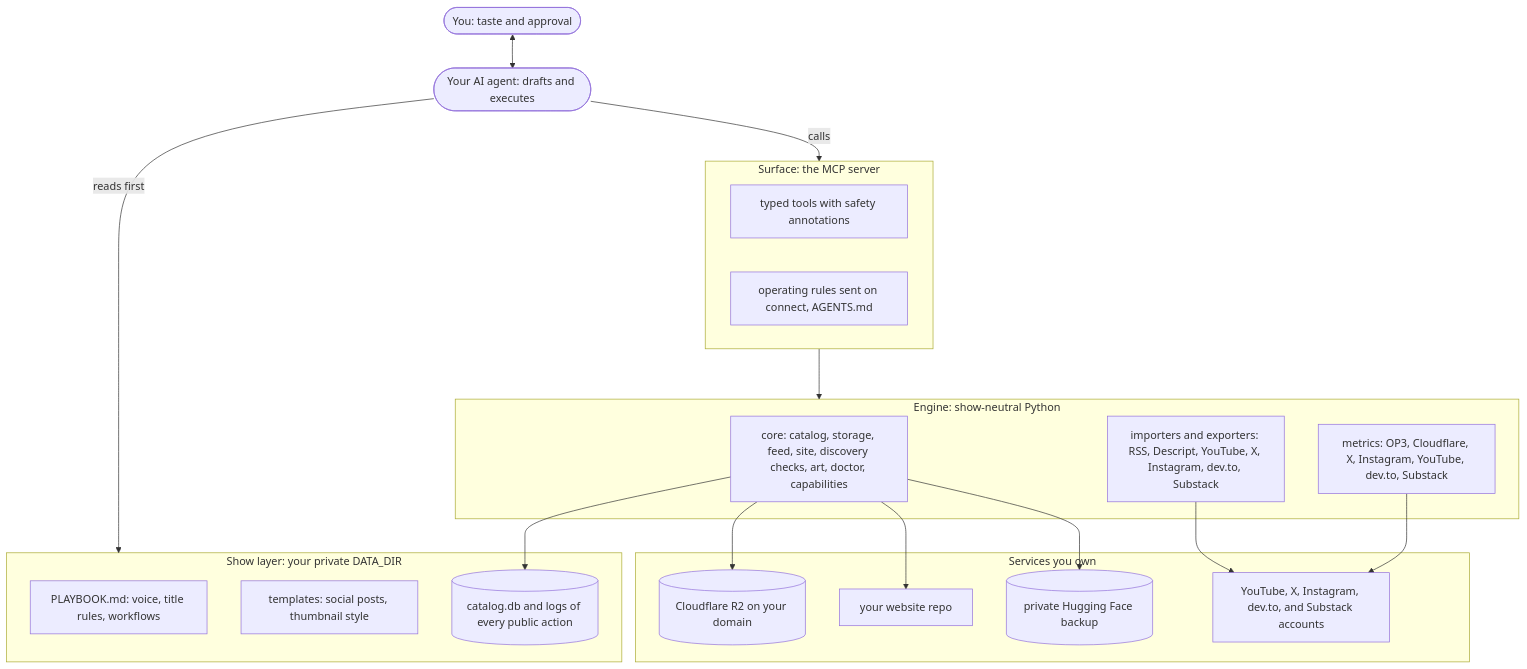
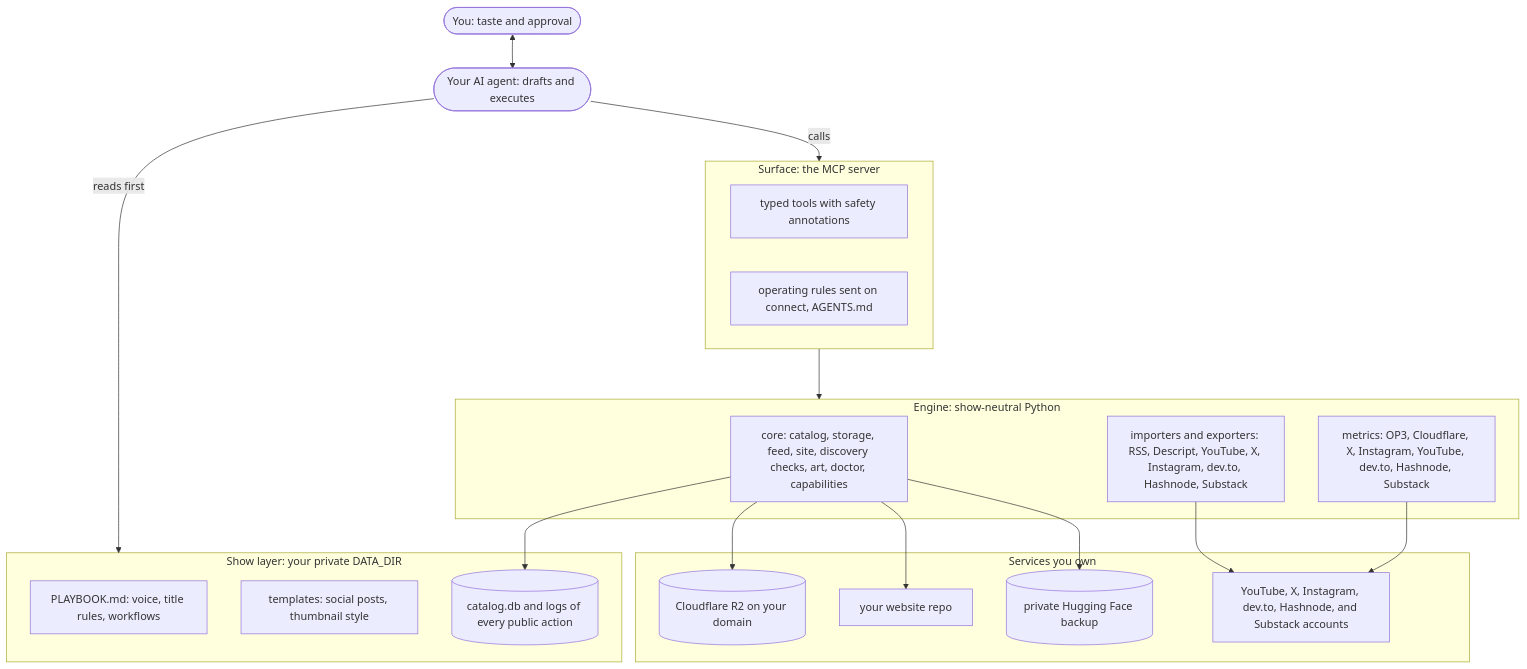
Before and after one commit to harpreetsahota204/podcast_server: the second of 4 diagrams in README.md, drawn with Mermaid. The commit also changed other lines of this file and 35 other files, not shown here.

````diff
--- a/README.md
+++ b/README.md
@@ -79,38 +79,38 @@
 ```mermaid
 flowchart TB
     YOU([You: taste and approval]) <--> AGENT([Your AI agent: drafts and executes])
     AGENT -->|reads first| SHOW
     AGENT -->|calls| SURFACE
 
     subgraph SHOW["Show layer: your private DATA_DIR"]
         PB[PLAYBOOK.md: voice, title rules, workflows]
         TPL[templates: social posts, thumbnail style]
         CAT[(catalog.db and logs of every public action)]
     end
 
     subgraph SURFACE["Surface: the MCP server"]
         TOOLS[typed tools with safety annotations]
         RULES[operating rules sent on connect, AGENTS.md]
     end
 
     subgraph ENGINE["Engine: show-neutral Python"]
         CORE[core: catalog, storage, feed, site, discovery checks, art, doctor, capabilities]
-        IO[importers and exporters: RSS, Descript, YouTube, X, Instagram, dev.to, Substack]
-        MET[metrics: OP3, Cloudflare, X, Instagram, YouTube, dev.to, Substack]
+        IO[importers and exporters: RSS, Descript, YouTube, X, Instagram, dev.to, Hashnode, Substack]
+        MET[metrics: OP3, Cloudflare, X, Instagram, YouTube, dev.to, Hashnode, Substack]
     end
 
     subgraph OWNED["Services you own"]
         R2[(Cloudflare R2 on your domain)]
         WEB[your website repo]
-        PLAT[YouTube, X, Instagram, dev.to, and Substack accounts]
+        PLAT[YouTube, X, Instagram, dev.to, Hashnode, and Substack accounts]
         HF[(private Hugging Face backup)]
     end
 
     SURFACE --> ENGINE
     CORE --> CAT
     CORE --> R2
     CORE --> WEB
     CORE --> HF
     IO --> PLAT
     MET --> PLAT
 ```
````
